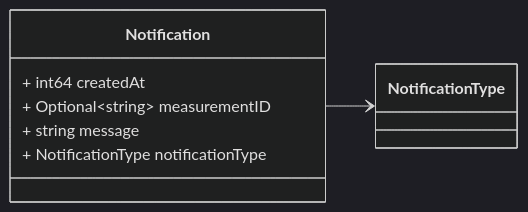
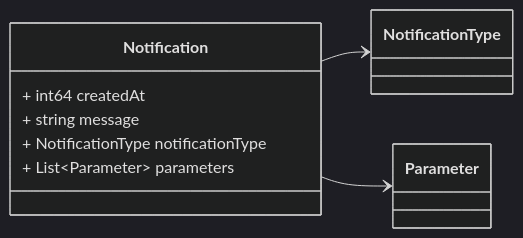
One commit to zaphiro-technologies/protobuf changed the fifth of 5 diagrams in docs/task.proto.md. Above: the diagram before and after it, drawn with Mermaid (dark theme). The commit also changed other lines of this file and 3 other files, not shown here.

````diff
--- a/docs/task.proto.md
+++ b/docs/task.proto.md
@@ -99,15 +114,16 @@
 ```mermaid
 classDiagram
 direction LR
 
 %% A notification message. Headers used in rabbitMQ: * `id`: id of the `Notification` * `type`: always `Notification` * `producerId`: the id of the producer (e.g. a PMU) linked to the notification. * `timestampId`: related measurement timestamp (if any) * `notificationType`: The textual representation of the notification type.
 
 class Notification {
   + int64 createdAt
-  + Optional~string~ measurementID
   + string message
   + NotificationType notificationType
+  + List~Parameter~ parameters
 }
 Notification --> `NotificationType`
+Notification --> `Parameter`
 
 ```
````
